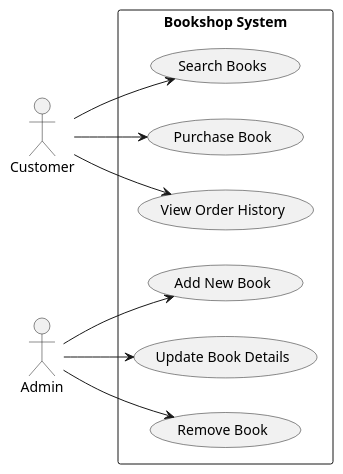
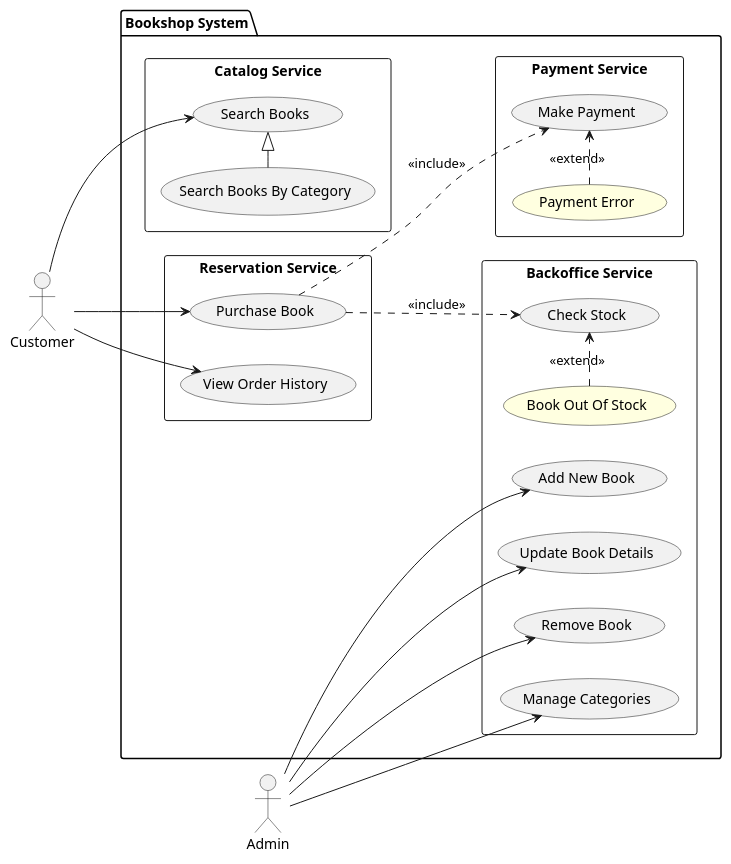
The diagram in docs/architecture/use-case-diagrams/overview.puml (mikelgoig/php-microservice-example), drawn with PlantUML before and after one commit. The commit also changed 3 other files, not shown here.

Commit message:
refactor: update use-case diagrams and reorganize docs

```diff
--- a/docs/architecture/use-case-diagrams/overview.puml
+++ b/docs/architecture/use-case-diagrams/overview.puml
@@ -1,23 +1,46 @@
-@startuml
+@startuml overview
 left to right direction
 
 actor Customer
 actor Admin
 
-rectangle "Bookshop System" {
-    usecase "Search Books" as UC1
-    usecase "Purchase Book" as UC2
-    usecase "View Order History" as UC3
-    usecase "Add New Book" as UC4
-    usecase "Update Book Details" as UC5
-    usecase "Remove Book" as UC6
+package "Bookshop System" {
+    rectangle "Backoffice Service" {
+        usecase "Add New Book"
+        usecase "Update Book Details"
+        usecase "Remove Book"
+        usecase "Manage Categories"
+        usecase "Check Stock"
+        usecase "Book Out Of Stock" #lightyellow
+        "Book Out Of Stock" .right.> "Check Stock" : <<extend>>
+    }
+    rectangle "Catalog Service" {
+        usecase "Search Books"
+        usecase "Search Books By Category"
+        "Search Books By Category" -right-|> "Search Books"
+    }
+
+    rectangle "Reservation Service" {
+        usecase "Purchase Book"
+        usecase "View Order History"
+    }
+
+    rectangle "Payment Service" {
+        usecase "Make Payment"
+        usecase "Payment Error" #lightyellow
+        "Payment Error" .right.> "Make Payment" : <<extend>>
+    }
 }
 
-Customer --> UC1
-Customer --> UC2
-Customer --> UC3
+Admin --> "Add New Book"
+Admin --> "Update Book Details"
+Admin --> "Remove Book"
+Admin --> "Manage Categories"
 
-Admin --> UC4
-Admin --> UC5
-Admin --> UC6
+Customer --> "Search Books"
+
+Customer --> "Purchase Book"
+"Purchase Book" ..> "Check Stock" : <<include>>
+"Purchase Book" ..> "Make Payment" : <<include>>
+Customer --> "View Order History"
 @enduml
```
